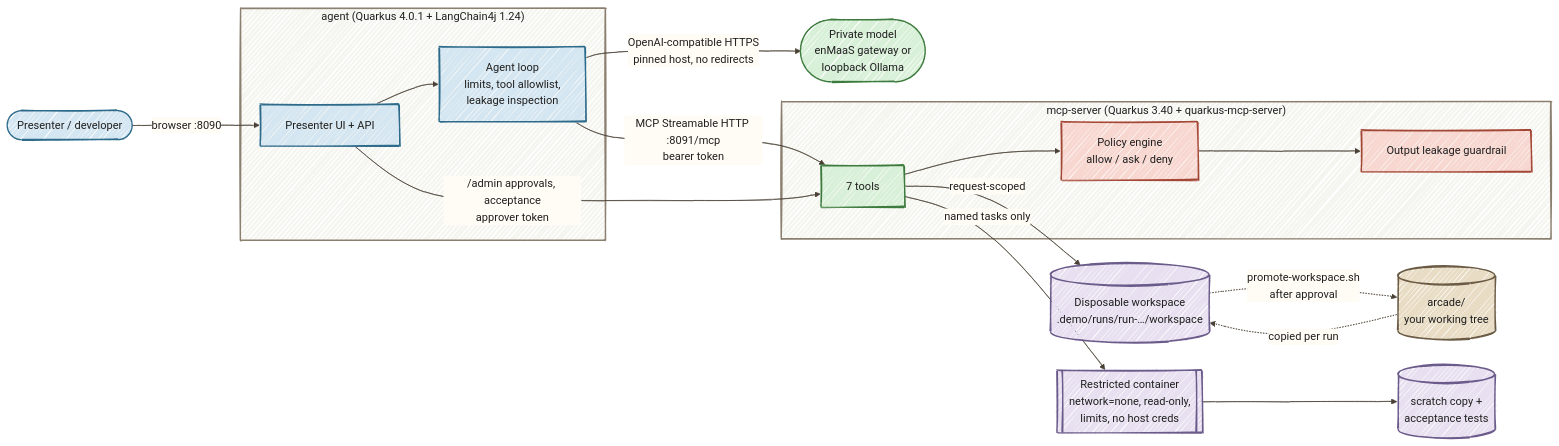
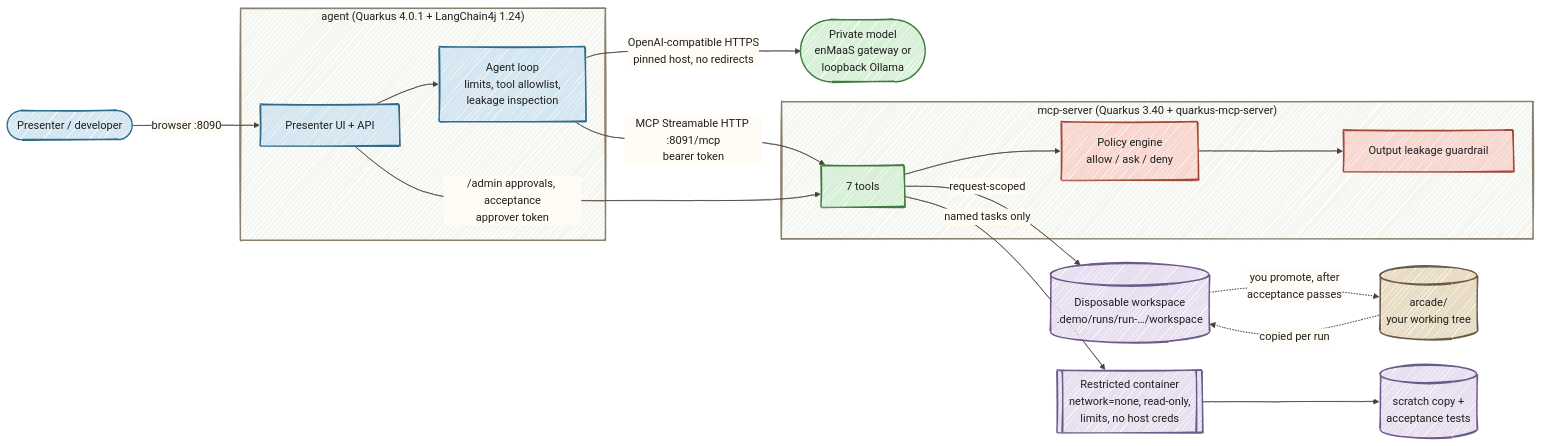
Before and after one commit to danieloh30/private-agent-blueprint: the diagram in README.md, drawn with Mermaid. The commit also changed other lines of this file and 15 other files, not shown here.

````diff
--- a/README.md
+++ b/README.md
@@ -15,34 +15,34 @@
 ```mermaid
 %%{init: {"look":"handDrawn","theme":"base","themeVariables":{"darkMode":false,"background":"#FFFCF5","primaryColor":"#D4E6F1","primaryBorderColor":"#2E6B8A","primaryTextColor":"#1F1F1F","secondaryColor":"#D8F0D8","secondaryTextColor":"#1F1F1F","tertiaryColor":"#E8DCC4","tertiaryTextColor":"#1F1F1F","textColor":"#1F1F1F","lineColor":"#4A4035","edgeLabelBackground":"#FFFCF5","clusterBkg":"#F5F5F0","clusterBorder":"#6B5B45","fontSize":"16px"},"flowchart":{"nodeSpacing":35,"rankSpacing":55,"padding":18,"curve":"basis"}}}%%
 flowchart LR
     DEV([Presenter / developer]) -->|browser :8090| UI
     subgraph AGENT["agent (Quarkus 4.0.1 + LangChain4j 1.24)"]
         UI[Presenter UI + API] --> LOOP[Agent loop<br/>limits, tool allowlist,<br/>leakage inspection]
     end
     LOOP -->|"OpenAI-compatible HTTPS<br/>pinned host, no redirects"| MODEL([Private model<br/>enMaaS gateway or<br/>loopback Ollama])
     LOOP -->|"MCP Streamable HTTP :8091/mcp<br/>bearer token"| TOOLS
     UI -->|"/admin approvals, acceptance<br/>approver token"| TOOLS
     subgraph MCP["mcp-server (Quarkus 3.40 + quarkus-mcp-server)"]
         TOOLS[7 tools] --> POLICY[Policy engine<br/>allow / ask / deny]
         POLICY --> INSPECT[Output leakage guardrail]
     end
     TOOLS -->|request-scoped| WS[(Disposable workspace<br/>.demo/runs/run-…/workspace)]
     TOOLS -->|named tasks only| SANDBOX[[Restricted container<br/>network=none, read-only,<br/>limits, no host creds]]
     SANDBOX --> SCRATCH[(scratch copy +<br/>acceptance tests)]
     FIXTURE[(arcade/<br/>your working tree)] -.->|copied per run| WS
-    WS -.->|"promote-workspace.sh<br/>after approval"| FIXTURE
+    WS -.->|"you promote, after<br/>acceptance passes"| FIXTURE
 
     style DEV fill:#D4E6F1,stroke:#2E6B8A,color:#1F1F1F,stroke-width:2px
     style AGENT fill:#F5F5F0,stroke:#8B8070,color:#1F1F1F,stroke-width:2px
     style MCP fill:#F5F5F0,stroke:#8B8070,color:#1F1F1F,stroke-width:2px
     style UI fill:#D4E6F1,stroke:#2E6B8A,color:#1F1F1F,stroke-width:2px
     style LOOP fill:#D4E6F1,stroke:#2E6B8A,color:#1F1F1F,stroke-width:2px
     style MODEL fill:#D8F0D8,stroke:#3D7A3D,color:#1F1F1F,stroke-width:2px
     style TOOLS fill:#D8F0D8,stroke:#3D7A3D,color:#1F1F1F,stroke-width:2px
     style POLICY fill:#F8D7D0,stroke:#A34736,color:#1F1F1F,stroke-width:2px
     style INSPECT fill:#F8D7D0,stroke:#A34736,color:#1F1F1F,stroke-width:2px
     style WS fill:#E8E0F0,stroke:#6B5B8A,color:#1F1F1F,stroke-width:2px
     style SANDBOX fill:#E8E0F0,stroke:#6B5B8A,color:#1F1F1F,stroke-width:2px
     style SCRATCH fill:#E8E0F0,stroke:#6B5B8A,color:#1F1F1F,stroke-width:2px
     style FIXTURE fill:#E8DCC4,stroke:#6B5B45,color:#1F1F1F,stroke-width:2px
 ```
````
